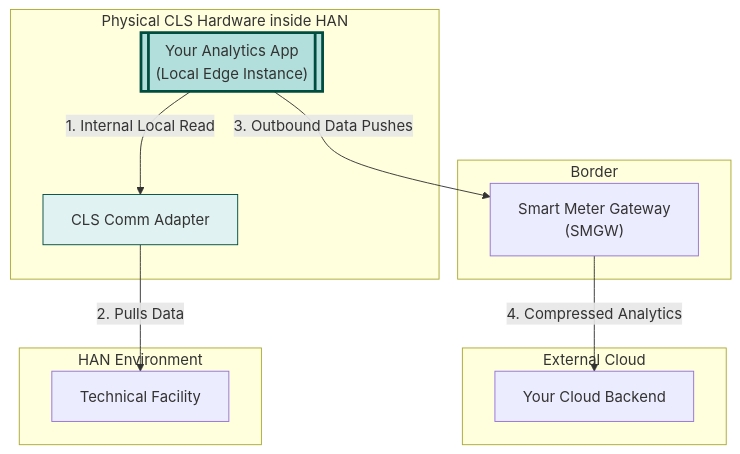
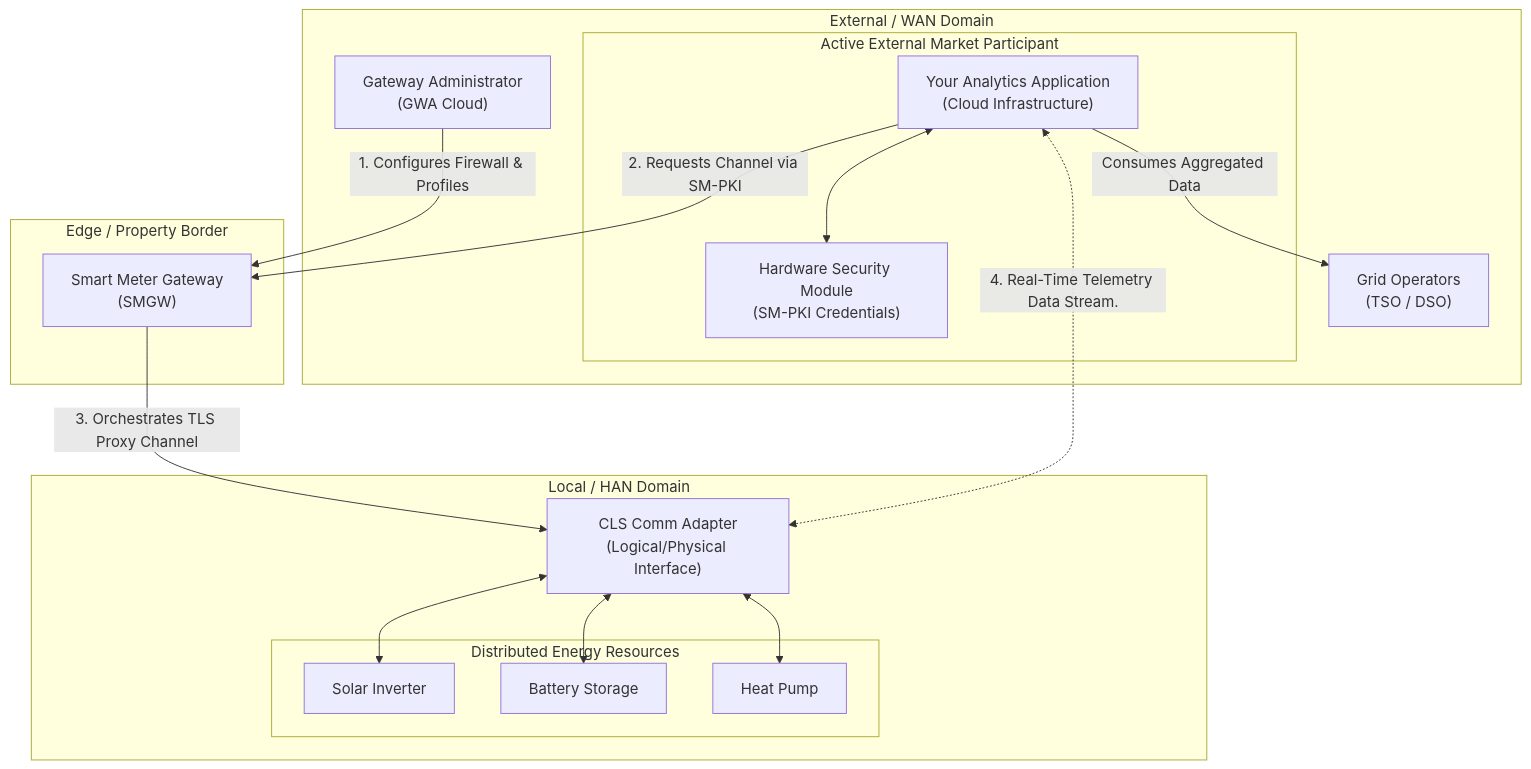
One commit to sbhrwl/microservices changed the diagram in CLS.md. Above: the diagram before and after it, drawn with Mermaid. The commit also changed other lines of this file, not shown here.

````diff
--- a/CLS.md
+++ b/CLS.md
@@ -59,29 +2,42 @@
 ```mermaid
 graph TD
-    subgraph WAN [External Cloud]
-        A["Your Cloud Backend"]
+    %% External / WAN Domain
+    subgraph WAN [External / WAN Domain]
+        subgraph EMT [Active External Market Participant]
+            App["Your Analytics Application<br/>(Cloud Infrastructure)"]
+            HSM["Hardware Security Module<br/>(SM-PKI Credentials)"]
+            App <--> HSM
+        end
+        
+        GWA["Gateway Administrator<br/>(GWA Cloud)"]
+        Operators["Grid Operators<br/>(TSO / DSO)"]
+        
+        App -->|Consumes Aggregated Data| Operators
     end
 
-    subgraph EdgeDevice [Physical CLS Hardware inside HAN]
-        B[["Your Analytics App<br/>(Local Edge Instance)"]]
-        C["CLS Comm Adapter"]
+    %% Edge Border
+    subgraph Edge [Edge / Property Border]
+        SMGW["Smart Meter Gateway<br/>(SMGW)"]
     end
 
-    subgraph LocalEnv [HAN Environment]
-        D["Technical Facility"]
+    %% Local / HAN Domain
+    subgraph HAN [Local / HAN Domain]
+        CLS["CLS Comm Adapter<br/>(Logical/Physical Interface)"]
+        
+        subgraph DER [Distributed Energy Resources]
+            Inverter["Solar Inverter"]
+            Battery["Battery Storage"]
+            HP["Heat Pump"]
+        end
+        
+        CLS <--> Inverter
+        CLS <--> Battery
+        CLS <--> HP
     end
 
-    subgraph Gateway [Border]
-        E["Smart Meter Gateway<br/>(SMGW)"]
-    end
-
-    B -->|1. Internal Local Read| C
-    C -->|2. Pulls Data| D
-    B -->|3. Outbound Data Pushes| E
-    E -->|4. Compressed Analytics| A
-
-    classDef edgeApp fill:#b2dfdb,stroke:#004d40,stroke-width:3px;
-    classDef hardware fill:#e0f2f1,stroke:#004d40,stroke-width:1px;
-    class B edgeApp; class C hardware;
-
+    %% Operational Orchestration and Data Flow
+    GWA -->|1. Configures Firewall & Profiles| SMGW
+    App -->|2. Requests Channel via SM-PKI| SMGW
+    SMGW -->|3. Orchestrates TLS Proxy Channel| CLS
+    App <.->|4. Real-Time Telemetry Data Stream.| CLS
 ```
````
